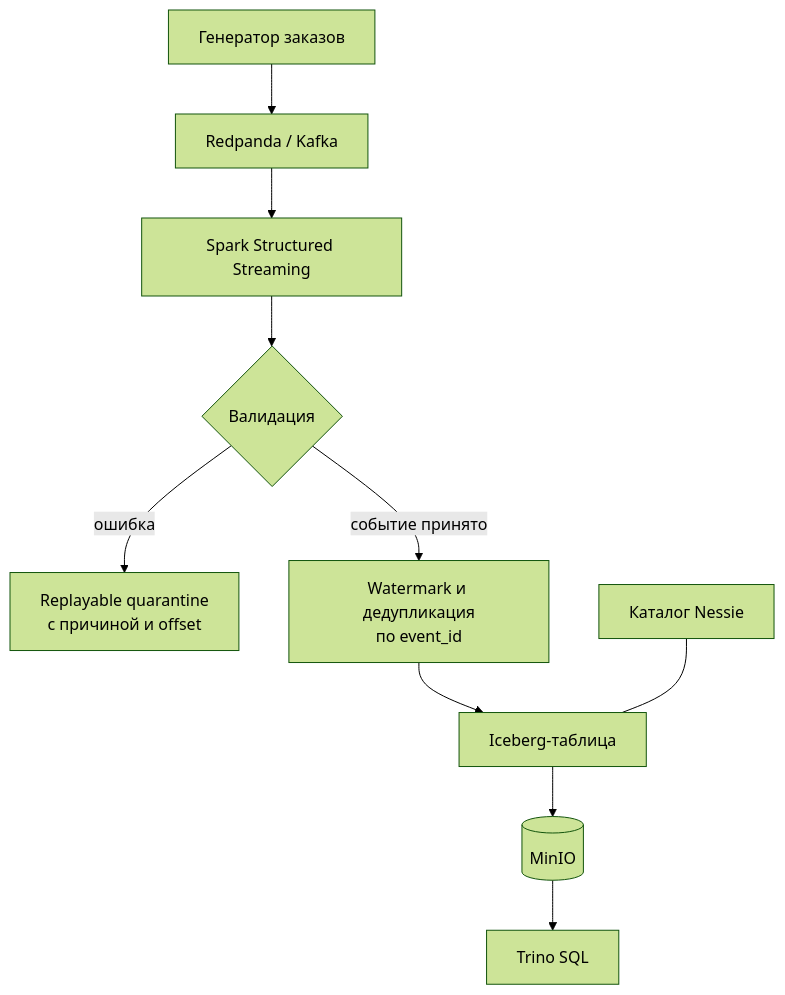
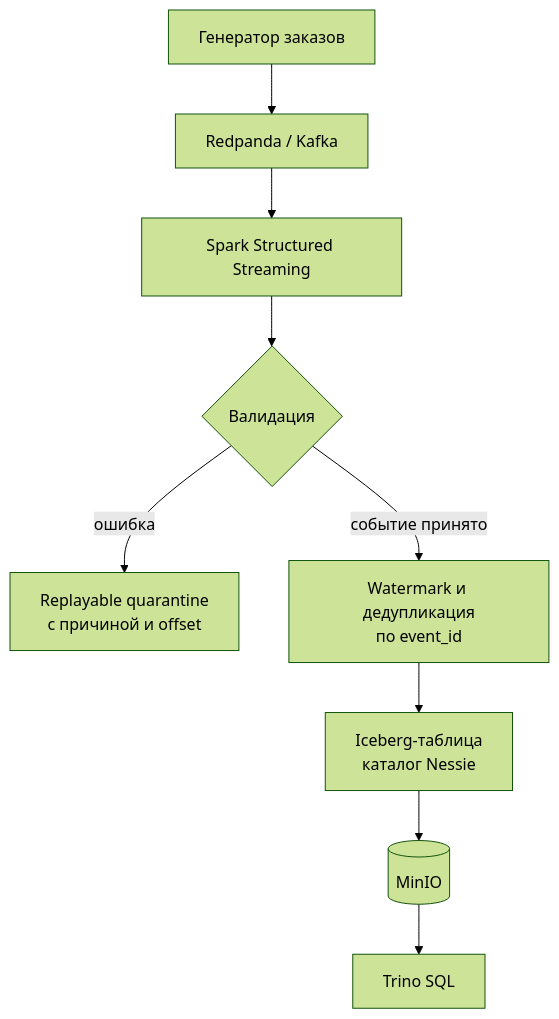
Before and after one commit to TheEdfog/retail-streaming-lakehouse: the diagram in README.md, drawn with Mermaid (forest theme).

Commit message:
docs: remove crossing catalog connection

````diff
--- a/README.md
+++ b/README.md
@@ -9,12 +9,11 @@
 ```mermaid
 flowchart TD
     producer["Генератор заказов"] --> kafka["Redpanda / Kafka"]
     kafka --> spark["Spark Structured Streaming"]
     spark --> validation{"Валидация"}
     validation -->|"ошибка"| quarantine["Replayable quarantine<br/>с причиной и offset"]
     validation -->|"событие принято"| dedup["Watermark и дедупликация<br/>по event_id"]
-    dedup --> iceberg["Iceberg-таблица"]
+    dedup --> iceberg["Iceberg-таблица<br/>каталог Nessie"]
     iceberg --> minio[("MinIO")]
-    nessie["Каталог Nessie"] --- iceberg
     minio --> trino["Trino SQL"]
 ```
````
